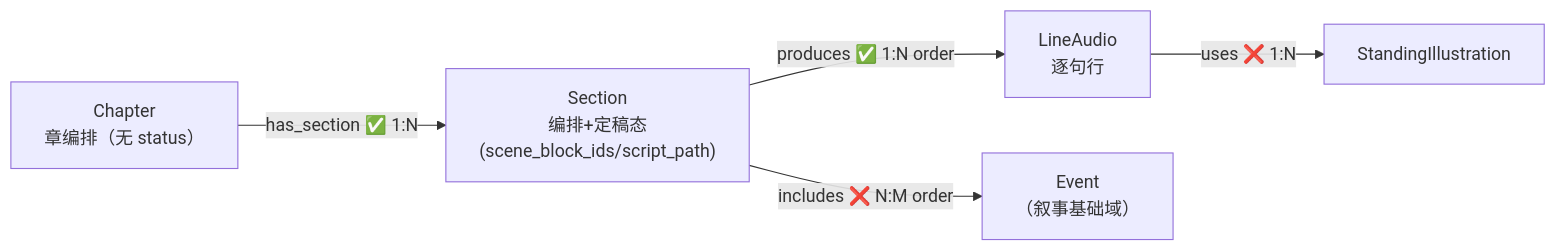
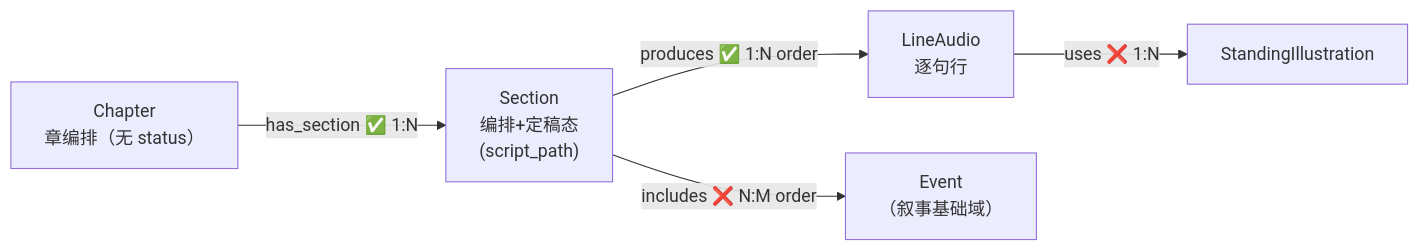
One commit to CrazyJinn/ProxyLove changed the diagram in 00_init/Schema/剧情.md. Above: the diagram before and after it, drawn with Mermaid. The commit also changed other lines of this file and 40 other files, not shown here.

````diff
--- a/00_init/Schema/剧情.md
+++ b/00_init/Schema/剧情.md
@@ -141,7 +139,7 @@
 ```mermaid
 flowchart LR
-    Chapter["Chapter<br/>章编排（无 status）"] -->|"has_section ✅ 1:N"| Section["Section<br/>编排+定稿态<br/>(scene_block_ids/script_path)"]
+    Chapter["Chapter<br/>章编排（无 status）"] -->|"has_section ✅ 1:N"| Section["Section<br/>编排+定稿态<br/>(script_path)"]
     Section -->|"produces ✅ 1:N order"| Line["LineAudio<br/>逐句行"]
     Section -->|"includes ❌ N:M order"| Event["Event<br/>（叙事基础域）"]
     Line -->|"uses ❌ 1:N"| Stand["StandingIllustration"]
 ```
````
